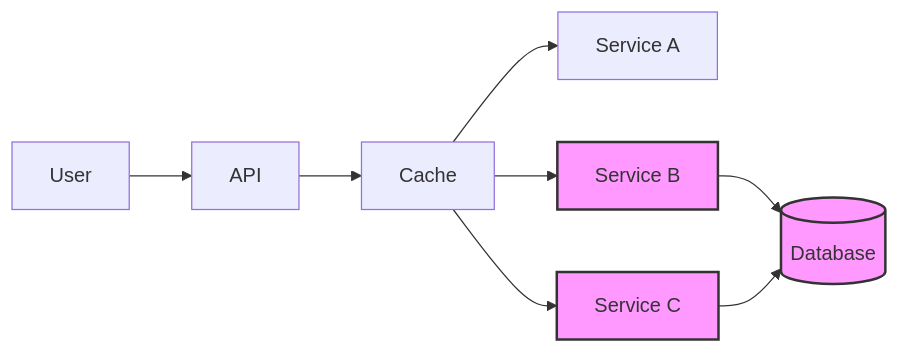
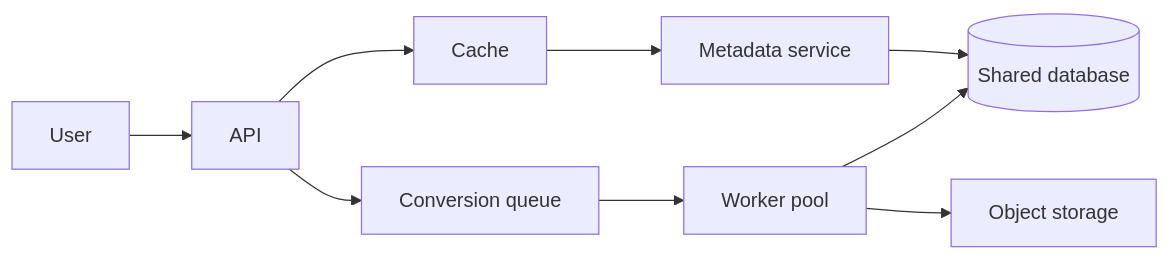
Before and after one commit to kube-dojo/kube-dojo: the seventh of 7 diagrams in src/content/docs/platform/foundations/systems-thinking/module-1.1-what-is-systems-thinking.md, drawn with Mermaid. The commit also changed other lines of this file and 3 other files, not shown here.

````diff
--- a/src/content/docs/platform/foundations/systems-thinking/module-1.1-what-is-systems-thinking.md
+++ b/src/content/docs/platform/foundations/systems-thinking/module-1.1-what-is-systems-thinking.md
@@ -408,13 +311,11 @@
 ```mermaid
 flowchart LR
     User --> API
     API --> Cache
-    Cache --> ServiceA[Service A]
-    Cache --> ServiceB[Service B]
-    Cache --> ServiceC[Service C]
-    ServiceB --> DB[(Database)]
-    ServiceC --> DB
-    
-    classDef highlight fill:#f9f,stroke:#333,stroke-width:2px;
-    class ServiceB,ServiceC,DB highlight;
+    Cache --> Metadata["Metadata service"]
+    Metadata --> DB[(Shared database)]
+    API --> Queue["Conversion queue"]
+    Queue --> Workers["Worker pool"]
+    Workers --> ObjectStore["Object storage"]
+    Workers --> DB
 ```
````
